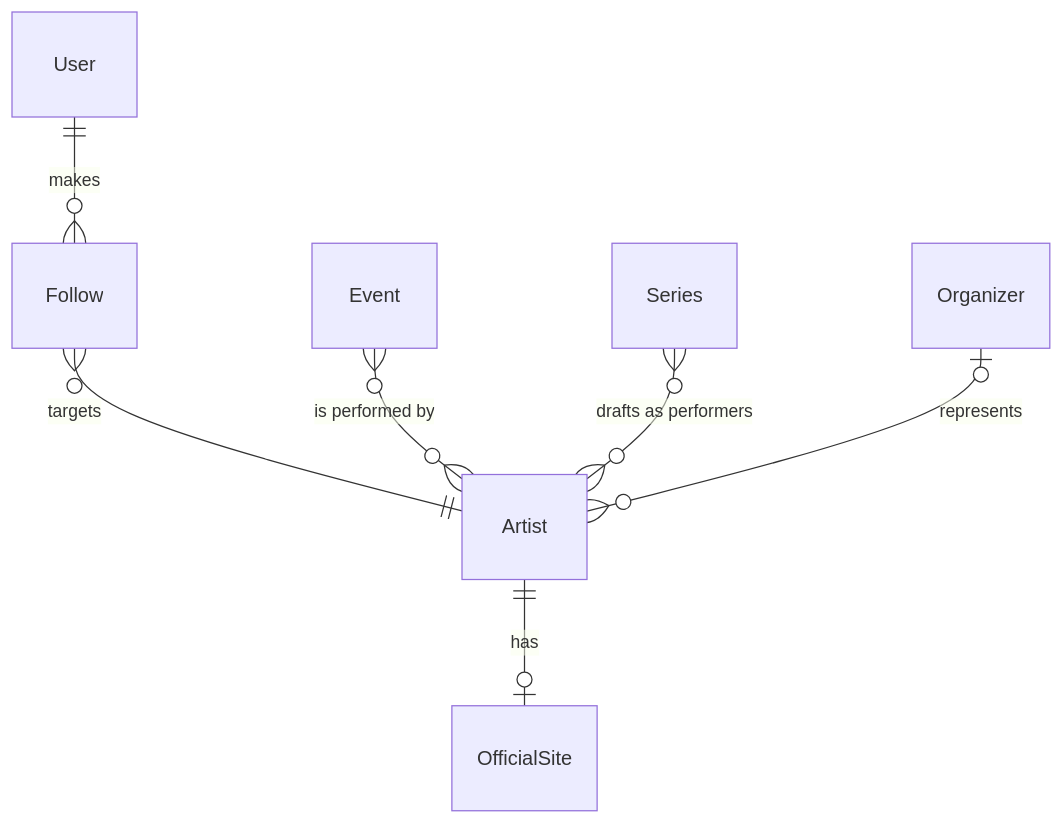
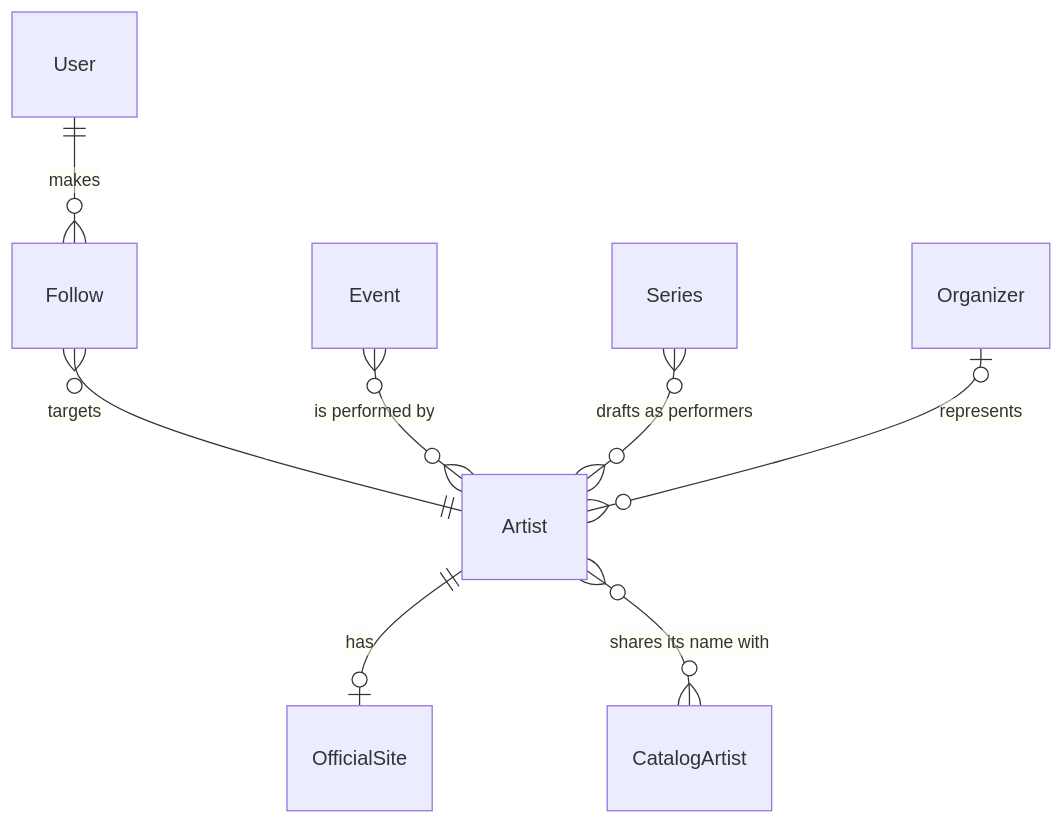
One commit to liverty-music/specification changed the first of 2 diagrams in openspec/specs/components/entity/artist/spec.md. Above: the diagram before and after it, drawn with Mermaid. The commit also changed other lines of this file and 27 other files, not shown here.

````diff
--- a/openspec/specs/components/entity/artist/spec.md
+++ b/openspec/specs/components/entity/artist/spec.md
@@ -27,9 +28,10 @@
 ```mermaid
 erDiagram
   Artist ||--o| OfficialSite : "has"
   User ||--o{ Follow : "makes"
   Follow }o--|| Artist : "targets"
   Event }o--o{ Artist : "is performed by"
   Series }o--o{ Artist : "drafts as performers"
   Organizer |o--o{ Artist : "represents"
+  Artist }o--o{ CatalogArtist : "shares its name with"
 ```
````
